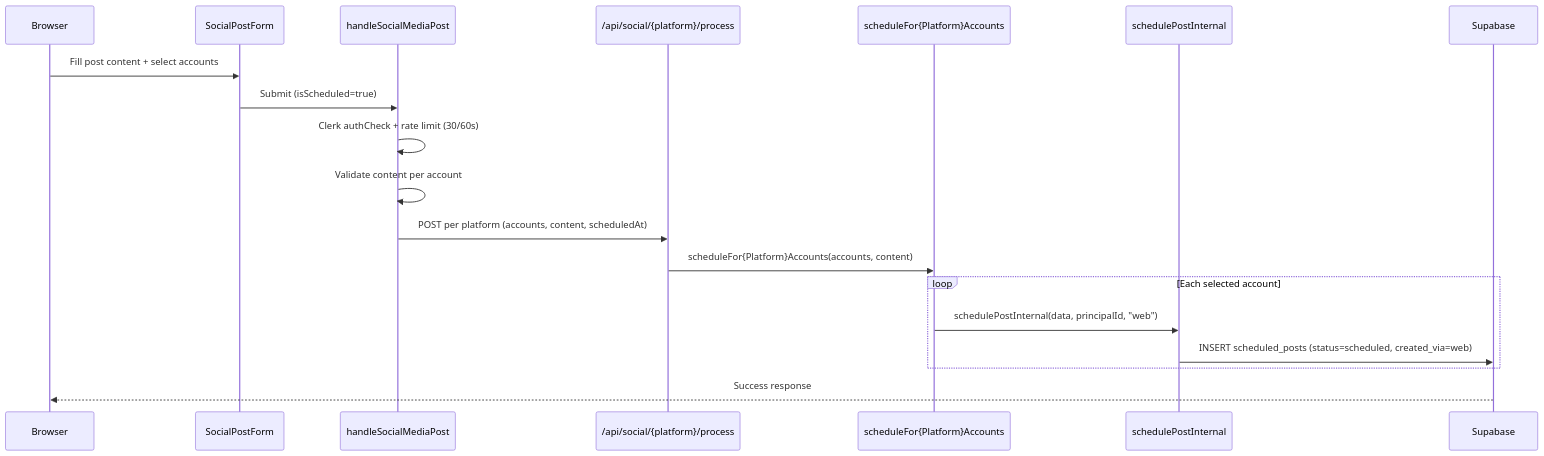
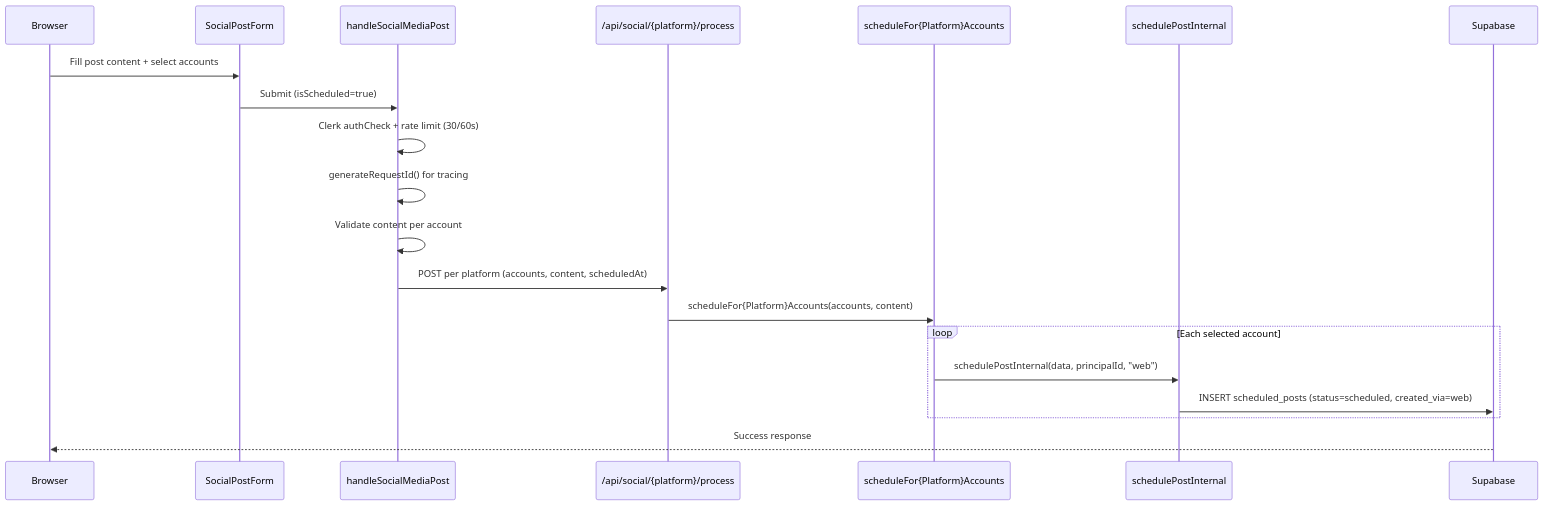
One commit to Andy00L/sharetopus changed the second of 8 diagrams in docs/ARCHITECTURE.md. Above: the diagram before and after it, drawn with Mermaid. The commit also changed other lines of this file and 23 other files, not shown here.

````diff
--- a/docs/ARCHITECTURE.md
+++ b/docs/ARCHITECTURE.md
@@ -196,22 +254,23 @@
 ```mermaid
 sequenceDiagram
     participant User as Browser
     participant Form as SocialPostForm
     participant Handler as handleSocialMediaPost
     participant Process as /api/social/{platform}/process
     participant Schedule as scheduleFor{Platform}Accounts
     participant Internal as schedulePostInternal
     participant DB as Supabase
 
     User->>Form: Fill post content + select accounts
     Form->>Handler: Submit (isScheduled=true)
     Handler->>Handler: Clerk authCheck + rate limit (30/60s)
+    Handler->>Handler: generateRequestId() for tracing
     Handler->>Handler: Validate content per account
     Handler->>Process: POST per platform (accounts, content, scheduledAt)
     Process->>Schedule: scheduleFor{Platform}Accounts(accounts, content)
     loop Each selected account
         Schedule->>Internal: schedulePostInternal(data, principalId, "web")
         Internal->>DB: INSERT scheduled_posts (status=scheduled, created_via=web)
     end
     DB-->>User: Success response
 ```
````
